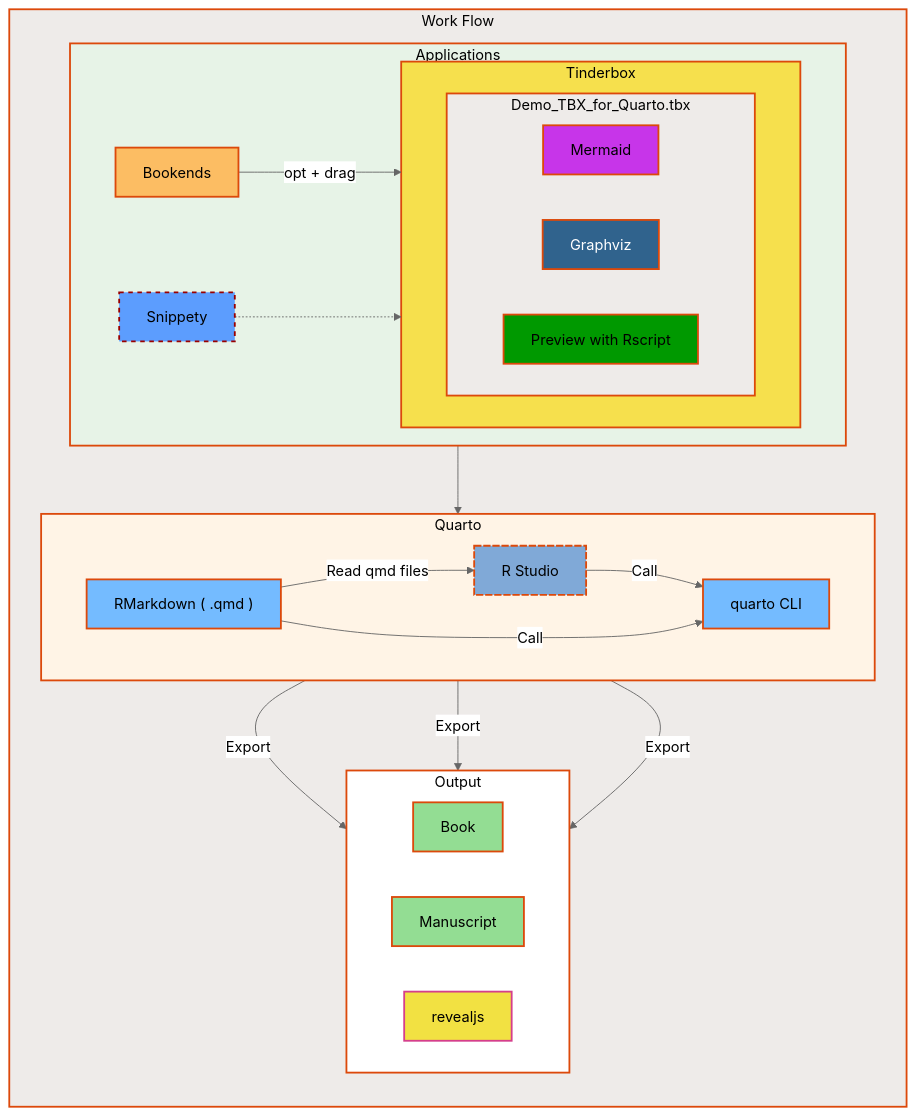
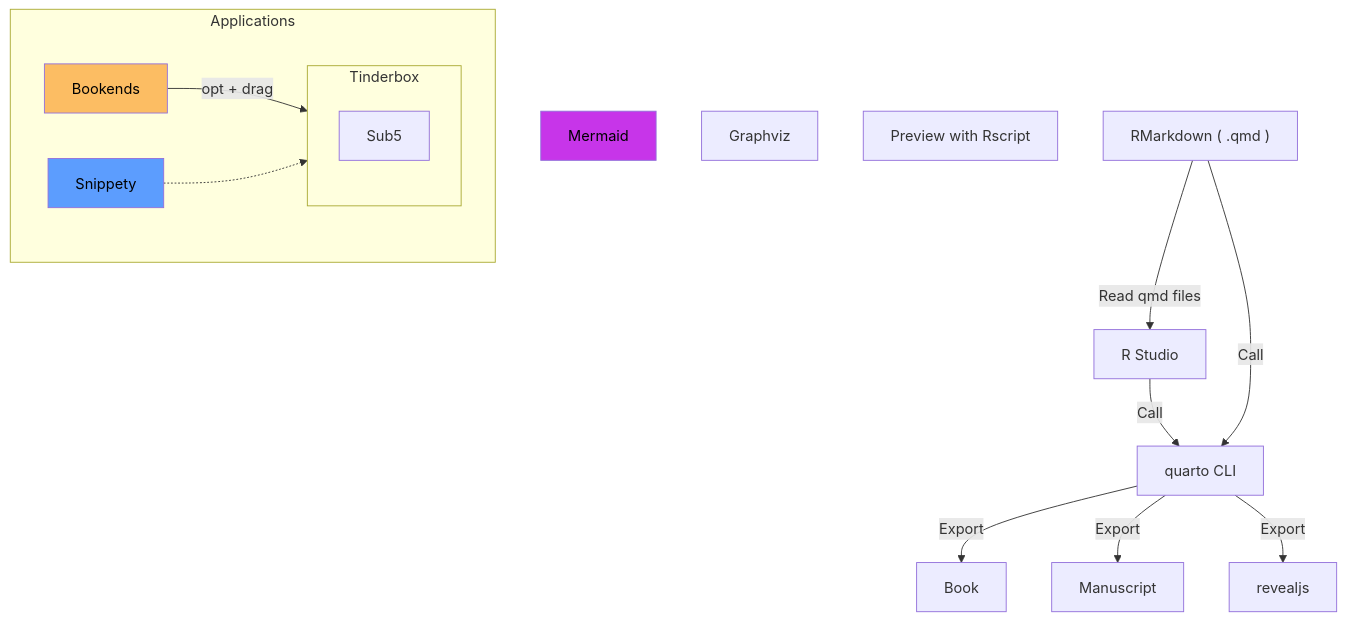
The first of 3 diagrams in README.md (fryagbye/tinderboxwithquarto), drawn with Mermaid before and after one commit. The commit also changed other lines of this file, not shown here.

````diff
--- a/README.md
+++ b/README.md
@@ -22,10 +18,5 @@
-```mermaid 
-
-%%| label: fig-workflow-mermaid
-%%| fig-cap: Tinderbox Work Flow with Quarto.
-%%| fig-width: 5
-%%{init: {'theme':'neutral'}}%%
-flowchart TB
+```mermaid
+graph TB
     A["Bookends"] -->|"opt + drag"| Sub1["Tinderbox"]
     B["Snippety"] -.->  Sub1["Tinderbox"]
     C["Mermaid"]
@@ -37,73 +28,19 @@
     H["quarto CLI"] -->|"Export"| I["Book"]
     H["quarto CLI"] -->|"Export"| J["Manuscript"]
     H["quarto CLI"] -->|"Export"| K["revealjs"]
-    I["Book"]
-    J["Manuscript"]
-    K["revealjs"]
 
- subgraph Sub1["Tinderbox"]
-    Sub5
-end 
+    subgraph Sub1["Tinderbox"]
+        Sub5
+    end 
 
- subgraph Sub2["Applications"]
-    direction LR
-    A
-    B
-    Sub1
-end 
+    subgraph Sub2["Applications"]
+        direction LR
+        A
+        B
+        Sub1
+    end 
 
- subgraph Sub3["Quarto"]
-    direction LR
-    F
-    G
-    H
-end 
-
- subgraph Sub4["Output"]
-    direction LR
-    I
-    J
-    K
-end 
-
- subgraph Sub5["Demo_TBX_for_Quarto.tbx"]
-    C
-    D
-    E
-end 
-
- subgraph Sub6["Work Flow"]
-    direction TB
-    Sub2
-    Sub3
-    Sub4
-end 
-
-    Sub5["Demo_TBX_for_Quarto.tbx"] -->  G["RMarkdown ( .qmd )"]
-
-%% Styles & Links
-    style A fill:#fcbd63,color:#000000,stroke:#dc490b,stroke-width:2px
-    click A href "https://www.sonnysoftware.com/bookends-for-mac" _blank
-    style B fill:#5c9dfe,color:#000000,stroke:#990000,stroke-width:2px,stroke-dasharray:5 5 
-    click B href "https://snippety.app/" _blank
-    style C fill:#c735e9,color:#000000,stroke:#dc490b,stroke-width:2px
-    click C href "https://mermaid.js.org/" _blank
-    style D fill:#30638d,color:#ffffff,stroke:#dc490b,stroke-width:2px
-    click D href "https://graphviz.org/" _blank
-    style E fill:#009900,color:#000000,stroke:#dc490b,stroke-width:2px
-    style F fill:#80a9d7,color:#000000,stroke:#dc490b,stroke-width:2px,stroke-dasharray:8 2 
-    click F href "https://posit.co/products/open-source/rstudio/" _blank
-    style G fill:#74bbff,color:#000000,stroke:#dc490b,stroke-width:2px
-    style H fill:#74bbff,color:#000000,stroke:#dc490b,stroke-width:2px
-    click H href "https://quarto.org/" _blank
-    style I fill:#93dd93,color:#000000,stroke:#dc490b,stroke-width:2px
-    style J fill:#93dd93,color:#000000,stroke:#dc490b,stroke-width:2px
-    style K fill:#f2e142,color:#000000,stroke:#d53f8c,stroke-width:2px
-    style Sub1 fill:#f6e04d,color:#000000,stroke:#dc490b,stroke-width:2px
-    style Sub2 fill:#e7f3e7,color:#000000,stroke:#dc490b,stroke-width:2px
-    style Sub3 fill:#fff4e6,color:#000000,stroke:#dc490b,stroke-width:2px
-    style Sub4 fill:#ffffff,color:#000000,stroke:#dc490b,stroke-width:2px
-    style Sub5 fill:#eeebe9,color:#000000,stroke:#dc490b,stroke-width:2px
-    style Sub6 fill:#eeebe9,color:#000000,stroke:#dc490b,stroke-width:2px
-
+    style A fill:#fcbd63,color:#000000
+    style B fill:#5c9dfe,color:#000000
+    style C fill:#c735e9,color:#000000
 ```
````
